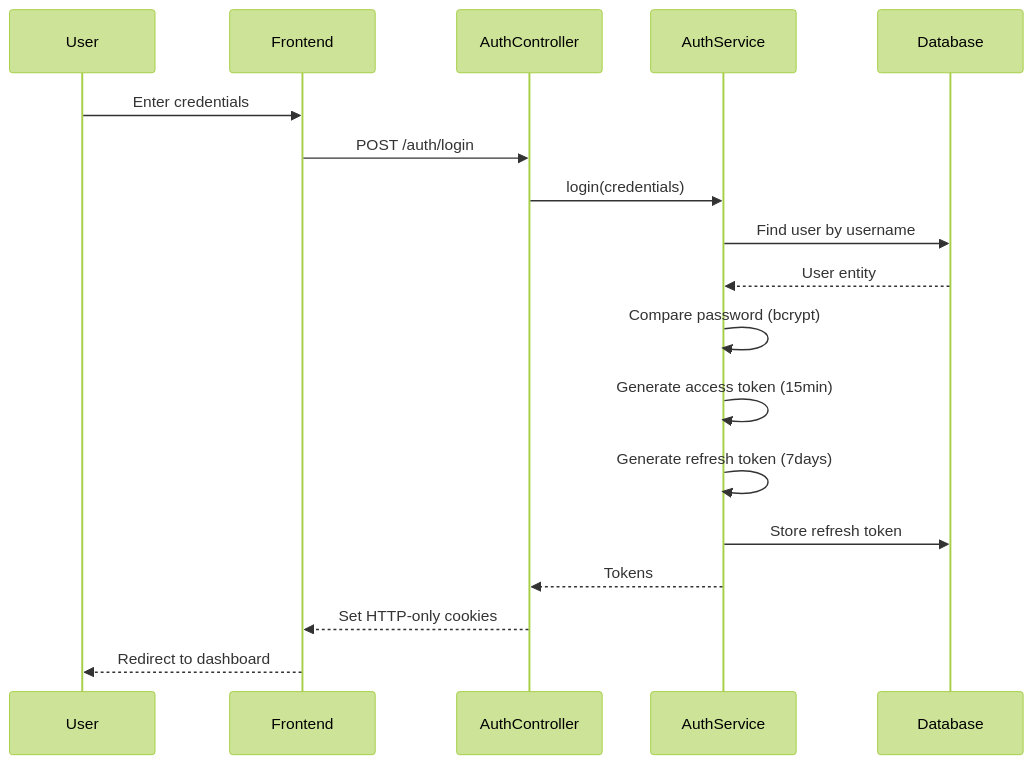
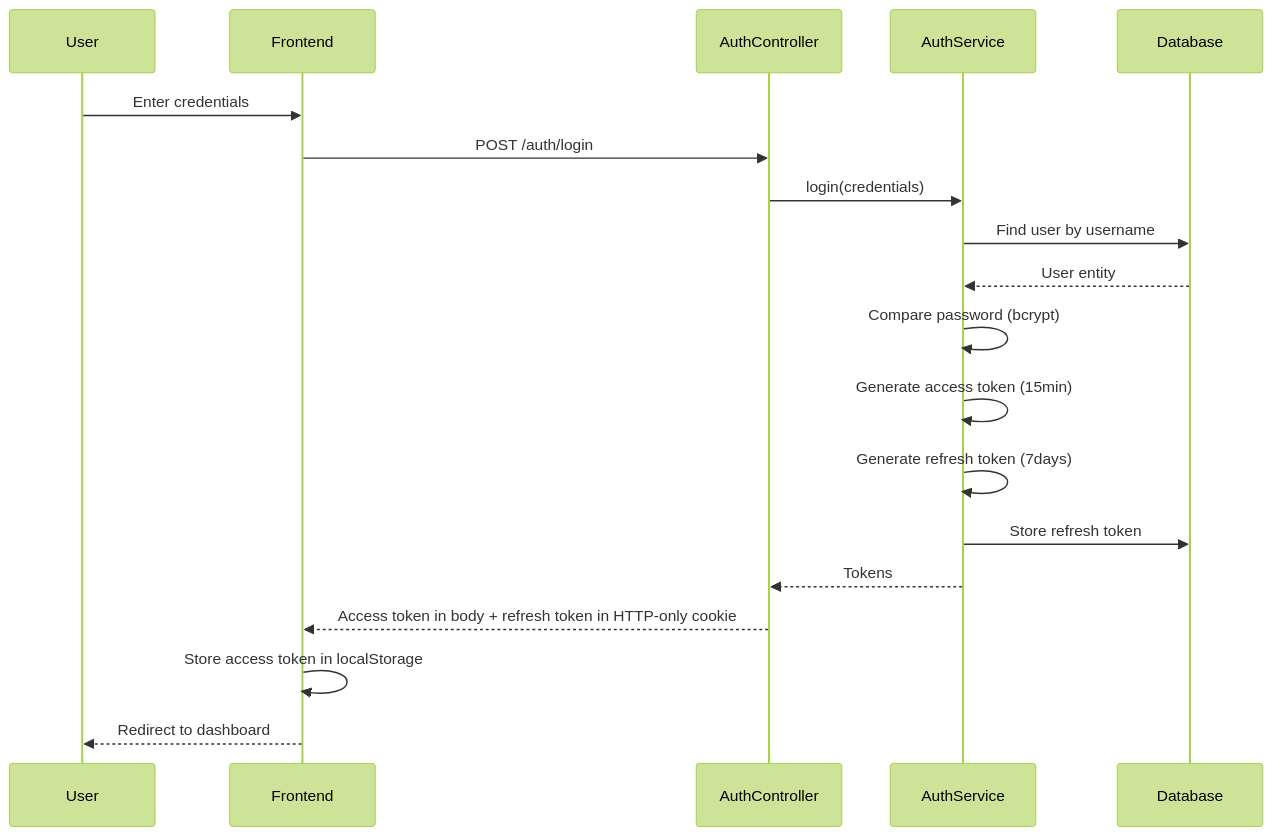
One commit to TeamCrazyPerformance/TCP_Website_2025 changed the fourth of 4 diagrams in docs/PROJECT_DOCUMENTATION.md. Above: the diagram before and after it, drawn with Mermaid (forest theme). The commit also changed other lines of this file, not shown here.

````diff
--- a/docs/PROJECT_DOCUMENTATION.md
+++ b/docs/PROJECT_DOCUMENTATION.md
@@ -747,21 +843,22 @@
 ```mermaid
 sequenceDiagram
     participant User
     participant Frontend
     participant AuthController
     participant AuthService
     participant Database
 
     User->>Frontend: Enter credentials
     Frontend->>AuthController: POST /auth/login
     AuthController->>AuthService: login(credentials)
     AuthService->>Database: Find user by username
     Database-->>AuthService: User entity
     AuthService->>AuthService: Compare password (bcrypt)
     AuthService->>AuthService: Generate access token (15min)
     AuthService->>AuthService: Generate refresh token (7days)
     AuthService->>Database: Store refresh token
     AuthService-->>AuthController: Tokens
-    AuthController-->>Frontend: Set HTTP-only cookies
+    AuthController-->>Frontend: Access token in body + refresh token in HTTP-only cookie
+    Frontend->>Frontend: Store access token in localStorage
     Frontend-->>User: Redirect to dashboard
 ```
````
